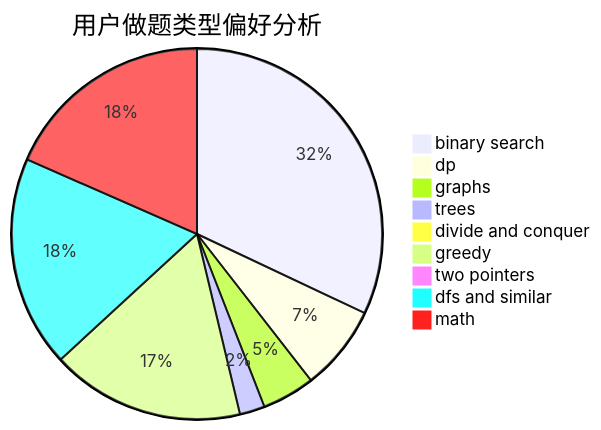
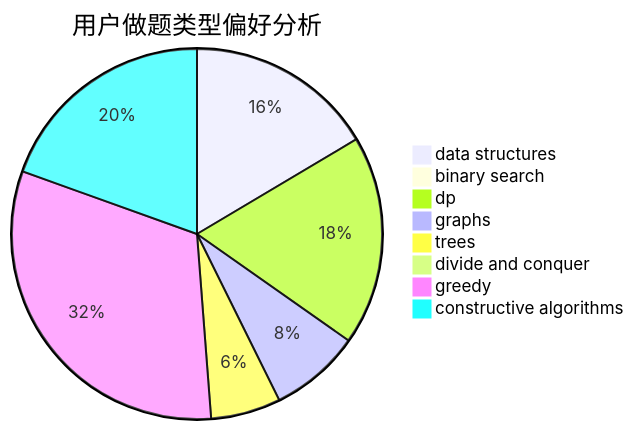
One commit to sherpahu/cfrs.github.io changed the second of 3 diagrams in docs/user/u1090.md. Above: the diagram before and after it, drawn with Mermaid. The commit also changed other lines of this file and 2775 other files, not shown here.

````diff
--- a/docs/user/u1090.md
+++ b/docs/user/u1090.md
@@ -23,12 +23,11 @@
 ```mermaid
 pie title 用户做题类型偏好分析
-    "binary search" :  146
-    "dp" :  34
-    "graphs" :  21
+    "data structures" :  27
+    "binary search" :  0
+    "dp" :  30
+    "graphs" :  13
     "trees" :  10
     "divide and conquer" :  0
-    "greedy" :  77
-    "two pointers" :  3
-    "dfs and similar" :  84
-    "math" :  84
+    "greedy" :  52
+    "constructive algorithms" :  32
 ```
````
